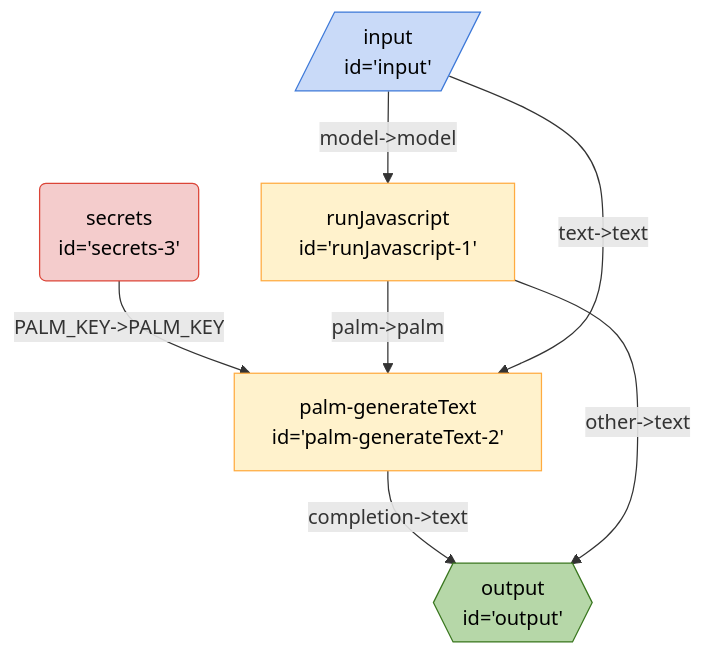
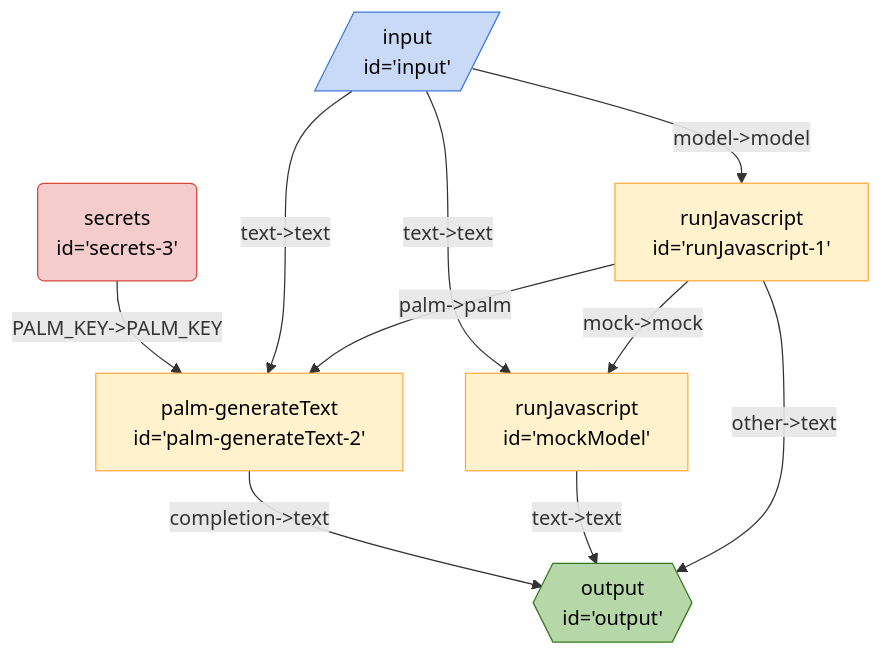
Before and after one commit to breadboard-ai/breadboard: the diagram in seeds/breadboard-web/docs/graphs/text-generator.md, drawn with Mermaid. The commit also changed 5 other files, not shown here.

````diff
--- a/seeds/breadboard-web/docs/graphs/text-generator.md
+++ b/seeds/breadboard-web/docs/graphs/text-generator.md
@@ -3,18 +3,21 @@
 ```mermaid
 %%{init: 'themeVariables': { 'fontFamily': 'Fira Code, monospace' }}%%
 graph TD;
 secrets3("secrets <br> id='secrets-3'"):::secrets -- "PALM_KEY->PALM_KEY" --> palmgenerateText2["palm-generateText <br> id='palm-generateText-2'"]
-runJavascript1["runJavascript <br> id='runJavascript-1'"] -- "palm->palm" --> palmgenerateText2["palm-generateText <br> id='palm-generateText-2'"]
 input[/"input <br> id='input'"/]:::input -- "model->model" --> runJavascript1["runJavascript <br> id='runJavascript-1'"]
 palmgenerateText2["palm-generateText <br> id='palm-generateText-2'"] -- "completion->text" --> output{{"output <br> id='output'"}}:::output
 input[/"input <br> id='input'"/]:::input -- "text->text" --> palmgenerateText2["palm-generateText <br> id='palm-generateText-2'"]
+mockModel["runJavascript <br> id='mockModel'"] -- "text->text" --> output{{"output <br> id='output'"}}:::output
+input[/"input <br> id='input'"/]:::input -- "text->text" --> mockModel["runJavascript <br> id='mockModel'"]
 runJavascript1["runJavascript <br> id='runJavascript-1'"] -- "other->text" --> output{{"output <br> id='output'"}}:::output
+runJavascript1["runJavascript <br> id='runJavascript-1'"] -- "palm->palm" --> palmgenerateText2["palm-generateText <br> id='palm-generateText-2'"]
+runJavascript1["runJavascript <br> id='runJavascript-1'"] -- "mock->mock" --> mockModel["runJavascript <br> id='mockModel'"]
 classDef default stroke:#ffab40,fill:#fff2ccff,color:#000
 classDef input stroke:#3c78d8,fill:#c9daf8ff,color:#000
 classDef output stroke:#38761d,fill:#b6d7a8ff,color:#000
 classDef passthrough stroke:#a64d79,fill:#ead1dcff,color:#000
 classDef slot stroke:#a64d79,fill:#ead1dcff,color:#000
 classDef config stroke:#a64d79,fill:#ead1dcff,color:#000
 classDef secrets stroke:#db4437,fill:#f4cccc,color:#000
 classDef slotted stroke:#a64d79
 ```
````
